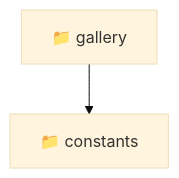
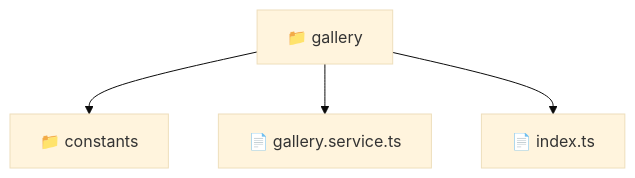
The diagram in frontend/src/entities/gallery/README.md (beginwebdev2002/fullstack-mavluda), drawn with Mermaid (base theme) before and after one commit. The commit also changed other lines of this file and 165 other files, not shown here.

First line of the commit message:
docs: generate localized architectural READMEs

````diff
--- a/frontend/src/entities/gallery/README.md
+++ b/frontend/src/entities/gallery/README.md
@@ -10,5 +11,7 @@
 ```mermaid
 graph TD
-  Root["📁 gallery"]
-  Root --> constants["📁 constants"]
+  gallery["📁 gallery"]
+  gallery --> constants["📁 constants"]
+  gallery --> gallery_service_ts["📄 gallery.service.ts"]
+  gallery --> index_ts["📄 index.ts"]
 ```
````
